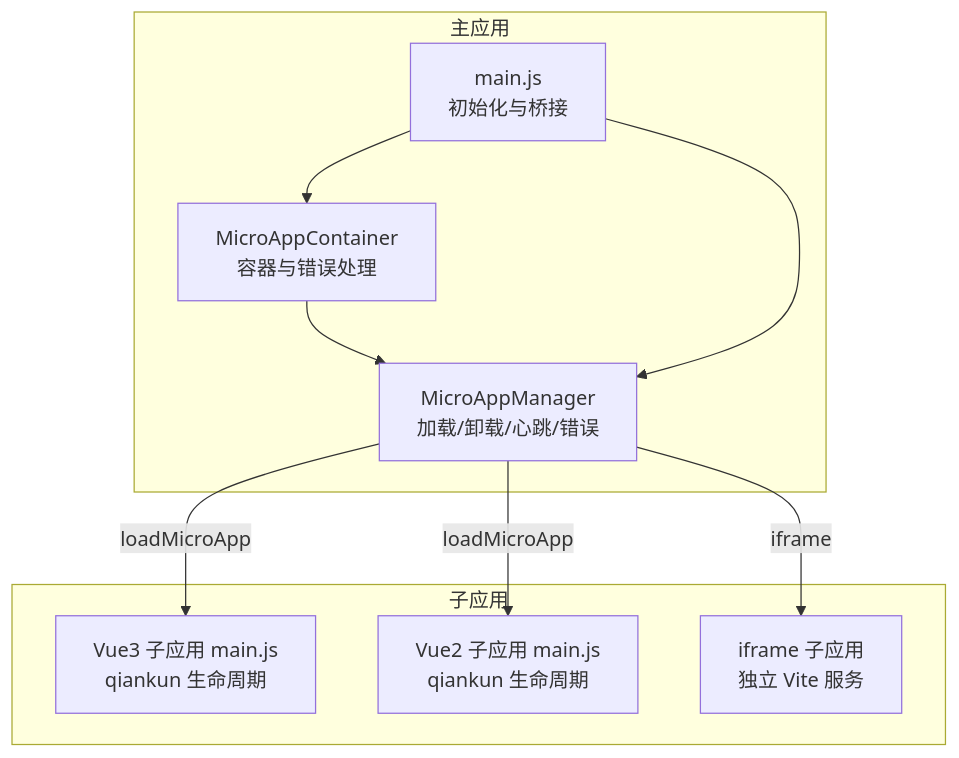
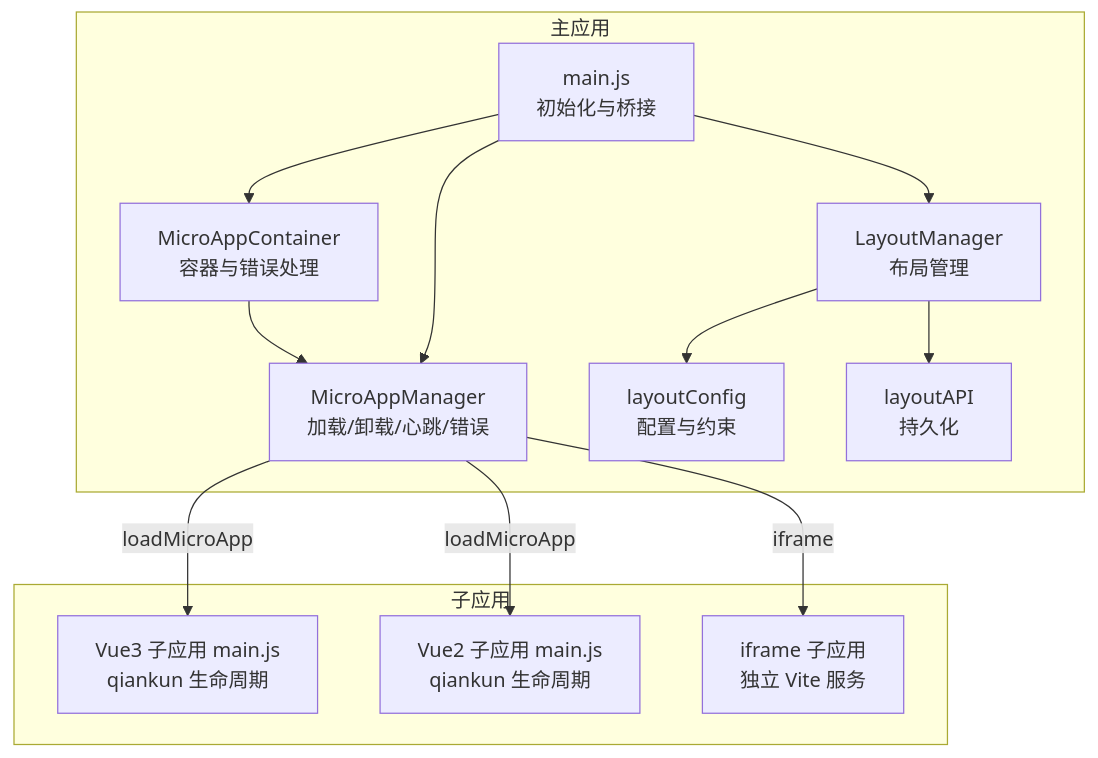
The second of 7 diagrams in .qoder/repowiki/zh/content/架构设计/架构设计.md (my-Sitara/artisan-base-frontend), drawn with Mermaid before and after one commit. The commit also changed other lines of this file and 25 other files, not shown here.

````diff
--- a/.qoder/repowiki/zh/content/架构设计/架构设计.md
+++ b/.qoder/repowiki/zh/content/架构设计/架构设计.md
@@ -92,19 +123,25 @@
 ```mermaid
 graph TB
 subgraph "主应用"
 MA_Main["main.js<br/>初始化与桥接"]
 MA_Manager["MicroAppManager<br/>加载/卸载/心跳/错误"]
 MA_Container["MicroAppContainer<br/>容器与错误处理"]
+MA_LayoutMgr["LayoutManager<br/>布局管理"]
+MA_LayoutConfig["layoutConfig<br/>配置与约束"]
+MA_LayoutAPI["layoutAPI<br/>持久化"]
 end
 subgraph "子应用"
 V3_Main["Vue3 子应用 main.js<br/>qiankun 生命周期"]
 V2_Main["Vue2 子应用 main.js<br/>qiankun 生命周期"]
 Iframe_App["iframe 子应用<br/>独立 Vite 服务"]
 end
 MA_Manager --> |loadMicroApp| V3_Main
 MA_Manager --> |loadMicroApp| V2_Main
 MA_Manager --> |iframe| Iframe_App
 MA_Container --> MA_Manager
 MA_Main --> MA_Manager
 MA_Main --> MA_Container
+MA_Main --> MA_LayoutMgr
+MA_LayoutMgr --> MA_LayoutConfig
+MA_LayoutMgr --> MA_LayoutAPI
 ```
````
